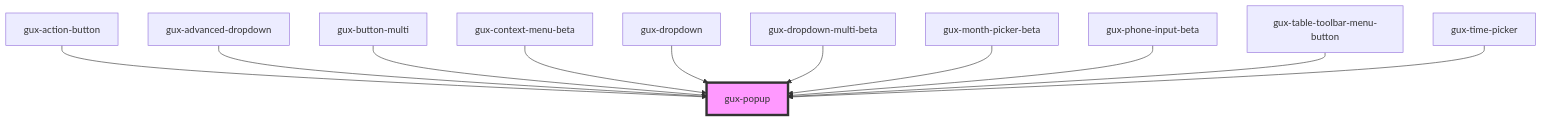
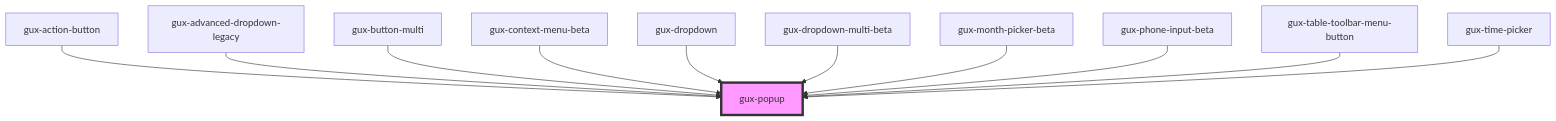
Before and after one commit to MyPureCloud/genesys-spark: the diagram in packages/genesys-spark-components/src/components/stable/gux-popup/readme.md, drawn with Mermaid. The commit also changed other lines of this file and 20 other files, not shown here.

Commit message:
feat(gux-advanced-dropdown): move gux-advanced-dropdown to legacy

````diff
--- a/packages/genesys-spark-components/src/components/stable/gux-popup/readme.md
+++ b/packages/genesys-spark-components/src/components/stable/gux-popup/readme.md
@@ -55,14 +55,14 @@
 ```mermaid
 graph TD;
   gux-action-button --> gux-popup
-  gux-advanced-dropdown --> gux-popup
+  gux-advanced-dropdown-legacy --> gux-popup
   gux-button-multi --> gux-popup
   gux-context-menu-beta --> gux-popup
   gux-dropdown --> gux-popup
   gux-dropdown-multi-beta --> gux-popup
   gux-month-picker-beta --> gux-popup
   gux-phone-input-beta --> gux-popup
   gux-table-toolbar-menu-button --> gux-popup
   gux-time-picker --> gux-popup
   style gux-popup fill:#f9f,stroke:#333,stroke-width:4px
 ```
````
